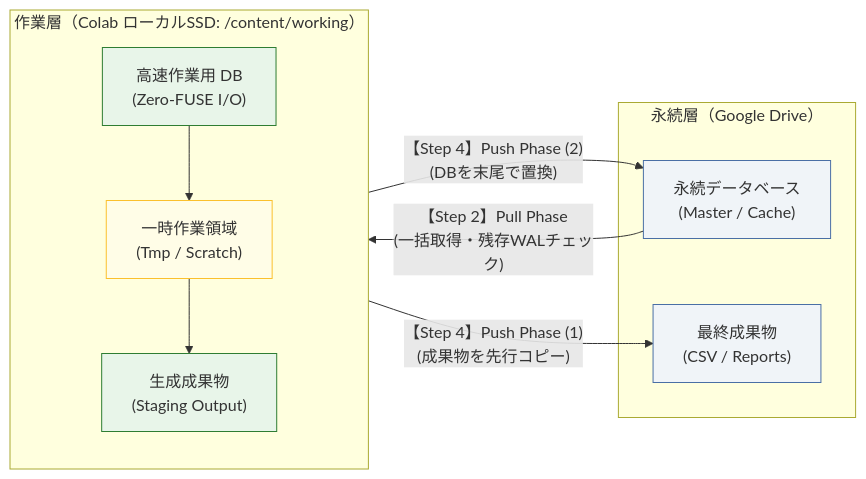
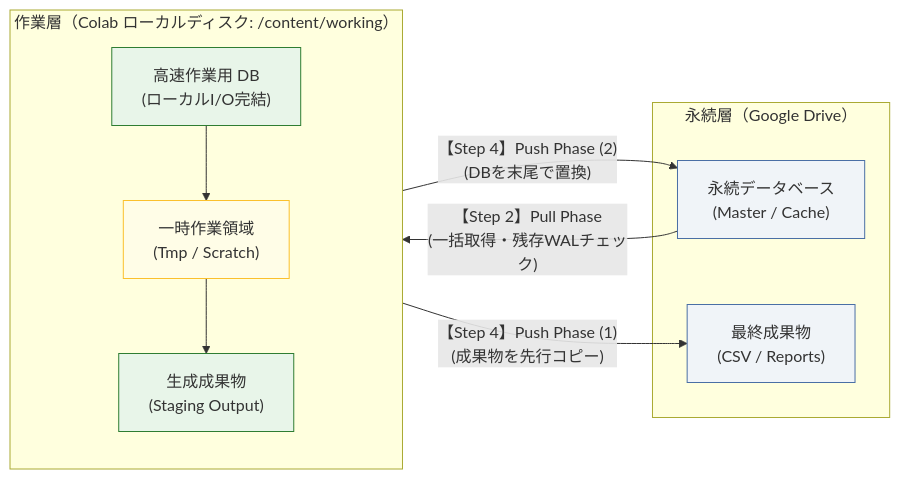
The diagram in docs/articles/qiita_part6_colab_ephemeral_storage_architecture.md (akkyey/stock-analyzer-core), drawn with Mermaid before and after one commit. The commit also changed other lines of this file and 1 other file, not shown here.

````diff
--- a/docs/articles/qiita_part6_colab_ephemeral_storage_architecture.md
+++ b/docs/articles/qiita_part6_colab_ephemeral_storage_architecture.md
@@ -167,25 +181,25 @@
 ```mermaid
 flowchart LR
     subgraph Persistent["永続層（Google Drive）"]
         DriveDB["永続データベース<br/>(Master / Cache)"]
         DriveOut["最終成果物<br/>(CSV / Reports)"]
     end
 
-    subgraph Ephemeral["作業層（Colab ローカルSSD: /content/working）"]
+    subgraph Ephemeral["作業層（Colab ローカルディスク: /content/working）"]
         direction TB
-        LocalDB["高速作業用 DB<br/>(Zero-FUSE I/O)"]
+        LocalDB["高速作業用 DB<br/>(ローカルI/O完結)"]
         LocalWork["一時作業領域<br/>(Tmp / Scratch)"]
         LocalOut["生成成果物<br/>(Staging Output)"]
     end
 
     DriveDB -- "【Step 2】Pull Phase<br/>(一括取得・残存WALチェック)" --> LocalDB
     LocalDB --> LocalWork --> LocalOut
     LocalOut -- "【Step 4】Push Phase (1)<br/>(成果物を先行コピー)" --> DriveOut
     LocalDB -- "【Step 4】Push Phase (2)<br/>(DBを末尾で置換)" --> DriveDB
 
     style DriveDB fill:#f0f4f8,stroke:#4a6fa5,stroke-width:1px,color:#333
     style DriveOut fill:#f0f4f8,stroke:#4a6fa5,stroke-width:1px,color:#333
     style LocalDB fill:#e8f5e9,stroke:#2e7d32,stroke-width:1px,color:#333
     style LocalWork fill:#fffde7,stroke:#fbc02d,stroke-width:1px,color:#333
     style LocalOut fill:#e8f5e9,stroke:#2e7d32,stroke-width:1px,color:#333
 ```
````
